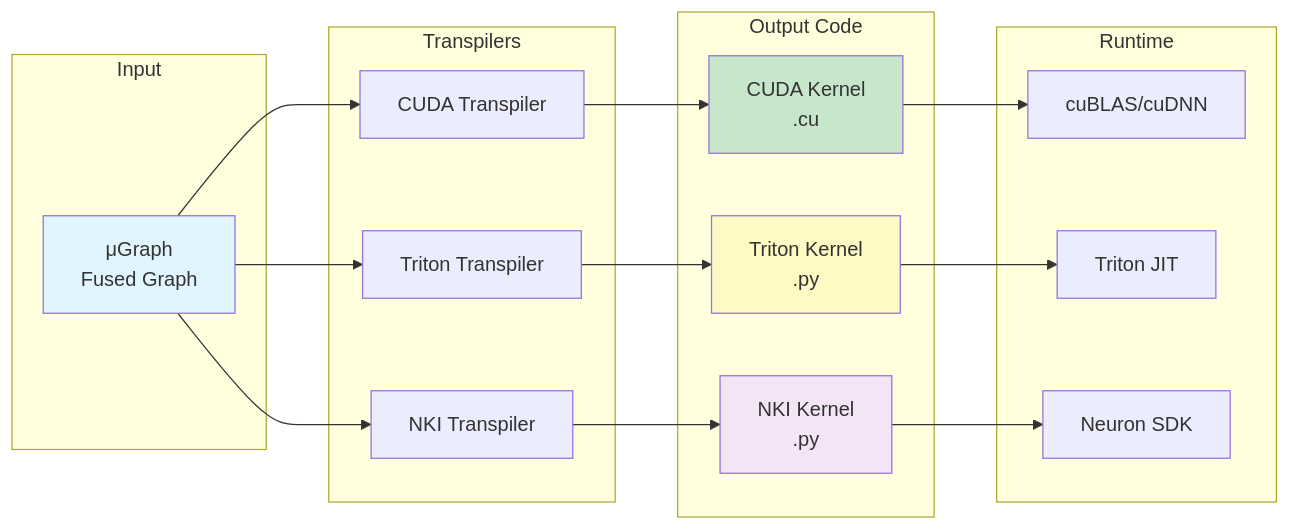
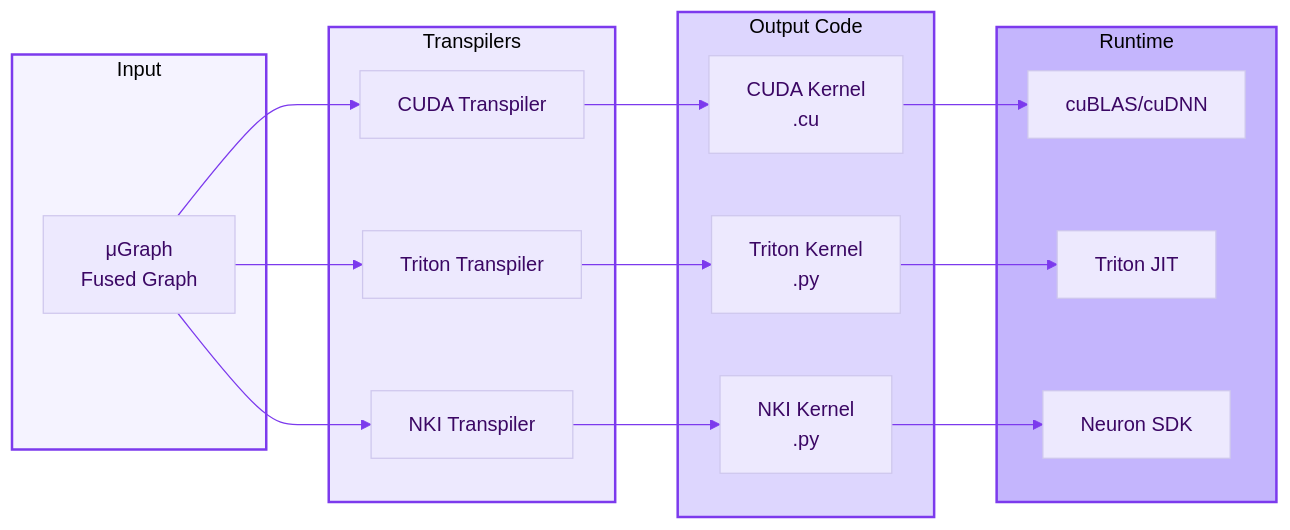
One commit to chenxingqiang/YiRage changed diagram 11 of 13 in docs/architecture.md. Above: the diagram before and after it, drawn with Mermaid. The commit also changed other lines of this file and 9 other files, not shown here.

First line of the commit message:
style: unify Mermaid diagrams to minimal purple theme

````diff
--- a/docs/architecture.md
+++ b/docs/architecture.md
@@ -326,33 +347,34 @@
 ```mermaid
+%%{init: {'theme': 'base', 'themeVariables': { 'primaryColor': '#ede9fe', 'primaryTextColor': '#3b0764', 'lineColor': '#7c3aed'}}}%%
 flowchart LR
-    subgraph "Input"
+    subgraph IN["Input"]
         A[μGraph<br/>Fused Graph]
     end
 
-    subgraph "Transpilers"
+    subgraph TRANS["Transpilers"]
         B[CUDA Transpiler]
         C[Triton Transpiler]
         D[NKI Transpiler]
     end
 
-    subgraph "Output Code"
+    subgraph OUT["Output Code"]
         E[CUDA Kernel<br/>.cu]
         F[Triton Kernel<br/>.py]
         G[NKI Kernel<br/>.py]
     end
 
-    subgraph "Runtime"
+    subgraph RT["Runtime"]
         H[cuBLAS/cuDNN]
         I[Triton JIT]
         J[Neuron SDK]
     end
 
     A --> B --> E --> H
     A --> C --> F --> I
     A --> D --> G --> J
 
-    style A fill:#e1f5fe
-    style E fill:#c8e6c9
-    style F fill:#fff9c4
-    style G fill:#f3e5f5
+    style IN fill:#f5f3ff,stroke:#7c3aed,stroke-width:2px
+    style TRANS fill:#ede9fe,stroke:#7c3aed,stroke-width:2px
+    style OUT fill:#ddd6fe,stroke:#7c3aed,stroke-width:2px
+    style RT fill:#c4b5fd,stroke:#7c3aed,stroke-width:2px
 ```
````
